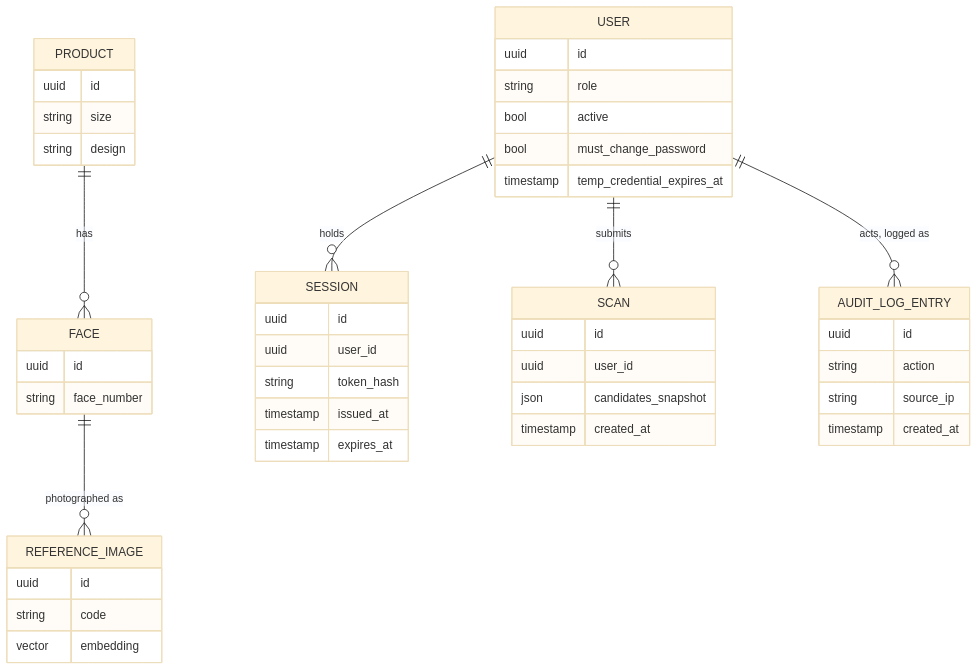
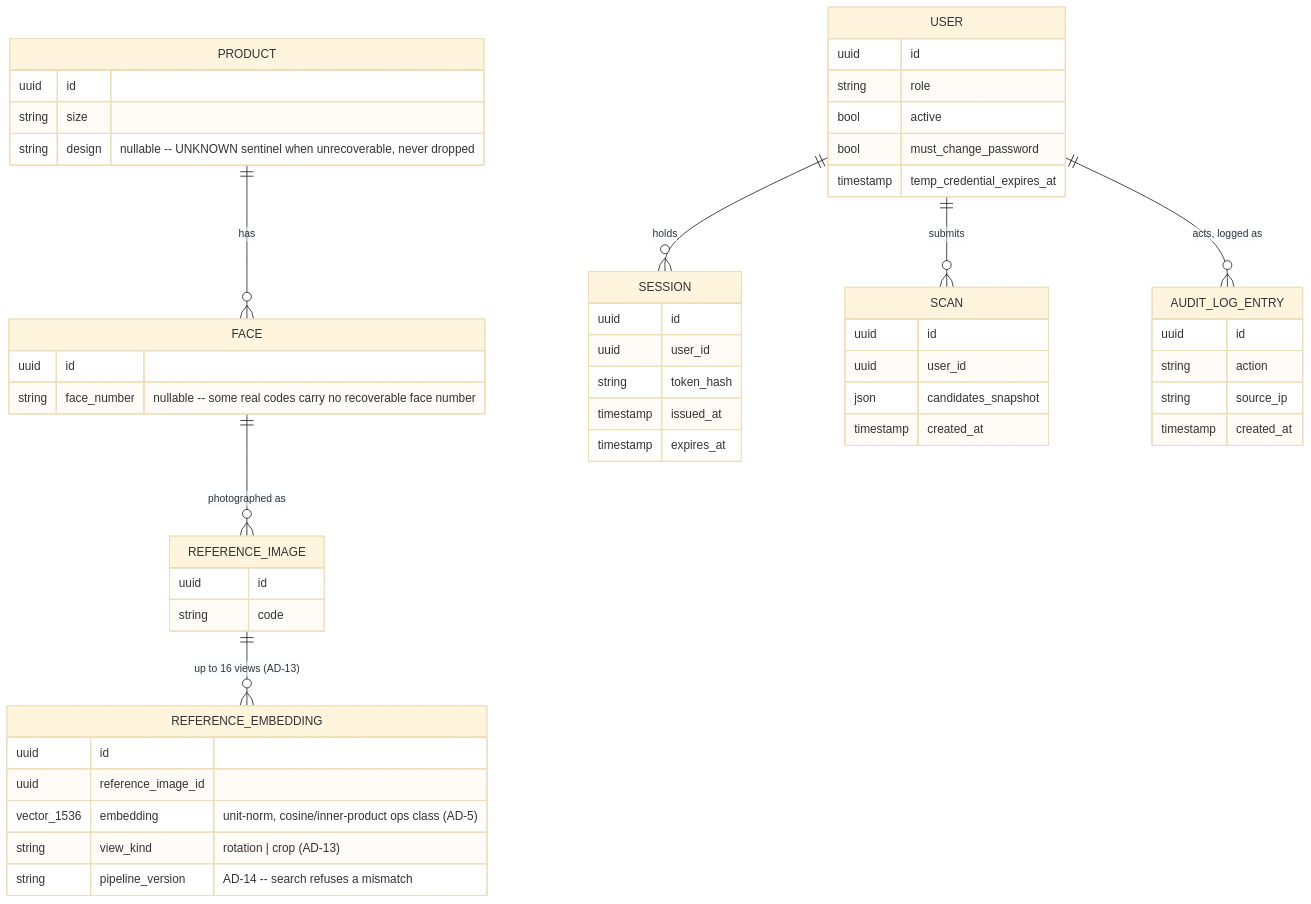
One commit to SahanNagodaDigital400/rcl_camera_app changed the second of 2 diagrams in _bmad-output/planning-artifacts/architecture/architecture-rcl_camera_app-2026-08-30/ARCHITECTURE-SPINE.md. Above: the diagram before and after it, drawn with Mermaid (base theme). The commit also changed other lines of this file and 3 other files, not shown here.

````diff
--- a/_bmad-output/planning-artifacts/architecture/architecture-rcl_camera_app-2026-08-30/ARCHITECTURE-SPINE.md
+++ b/_bmad-output/planning-artifacts/architecture/architecture-rcl_camera_app-2026-08-30/ARCHITECTURE-SPINE.md
@@ -159,49 +193,56 @@
 ```mermaid
 erDiagram
   PRODUCT ||--o{ FACE : has
   FACE ||--o{ REFERENCE_IMAGE : "photographed as"
+  REFERENCE_IMAGE ||--o{ REFERENCE_EMBEDDING : "up to 16 views (AD-13)"
   USER ||--o{ SESSION : holds
   USER ||--o{ SCAN : submits
   USER ||--o{ AUDIT_LOG_ENTRY : "acts, logged as"
 
   PRODUCT {
     uuid id
     string size
-    string design
+    string design "nullable -- UNKNOWN sentinel when unrecoverable, never dropped"
   }
   FACE {
     uuid id
-    string face_number
+    string face_number "nullable -- some real codes carry no recoverable face number"
   }
   REFERENCE_IMAGE {
     uuid id
     string code
-    vector embedding
+  }
+  REFERENCE_EMBEDDING {
+    uuid id
+    uuid reference_image_id
+    vector_1536 embedding "unit-norm, cosine/inner-product ops class (AD-5)"
+    string view_kind "rotation | crop (AD-13)"
+    string pipeline_version "AD-14 -- search refuses a mismatch"
   }
   USER {
     uuid id
     string role
     bool active
     bool must_change_password
     timestamp temp_credential_expires_at
   }
   SESSION {
     uuid id
     uuid user_id
     string token_hash
     timestamp issued_at
     timestamp expires_at
   }
   SCAN {
     uuid id
     uuid user_id
     json candidates_snapshot
     timestamp created_at
   }
   AUDIT_LOG_ENTRY {
     uuid id
     string action
     string source_ip
     timestamp created_at
   }
 ```
````
